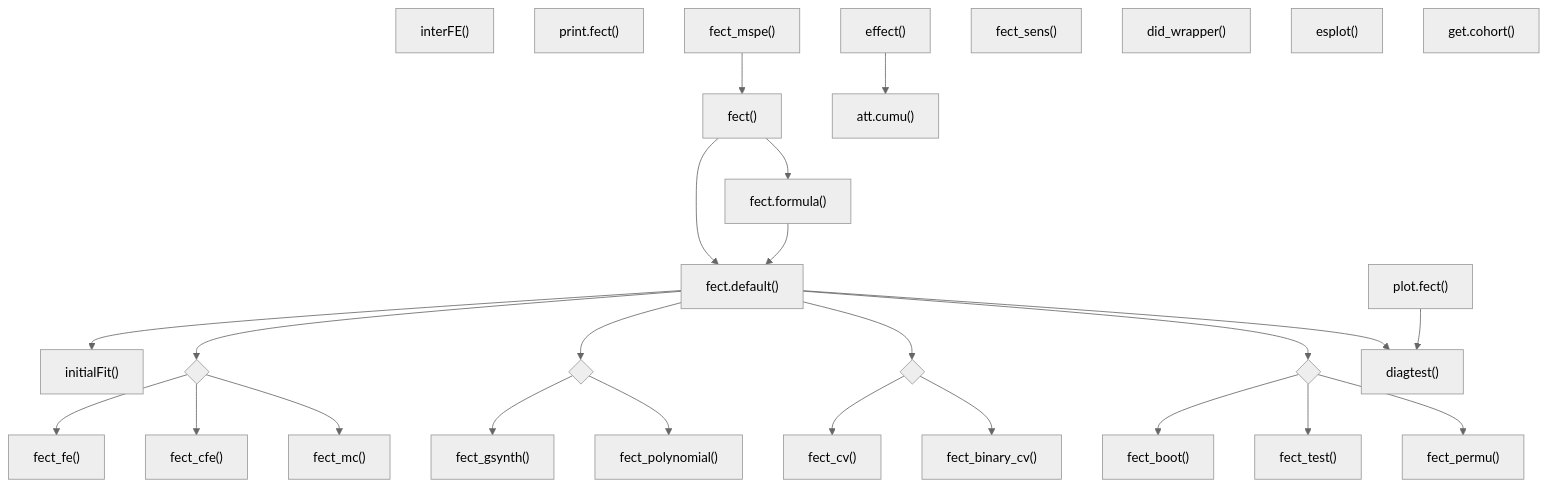
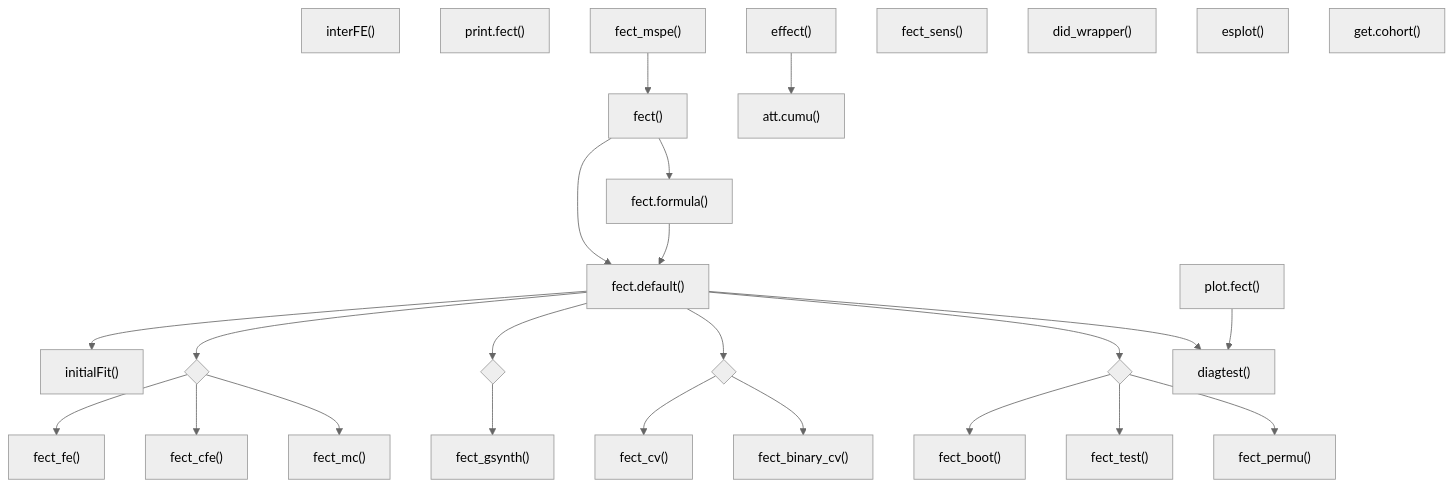
Before and after one commit to xuyiqing/fect: the second of 4 diagrams in architecture.md, drawn with Mermaid. The commit also changed other lines of this file and 11 other files, not shown here.

````diff
--- a/architecture.md
+++ b/architecture.md
@@ -157,43 +155,42 @@
 ```mermaid
 %%{init: {'theme': 'neutral'}}%%
 graph TD
     fect["fect()"] --> fect_formula["fect.formula()"]
     fect --> fect_default["fect.default()"]
     fect_formula --> fect_default
 
     fect_default --> initialFit["initialFit()"]
 
     fect_default --> R1_route{" "}
     R1_route --> fect_fe["fect_fe()"]
     R1_route --> fect_cfe["fect_cfe()"]
     R1_route --> fect_mc["fect_mc()"]
 
     fect_default --> R2_route{" "}
     R2_route --> fect_gsynth["fect_gsynth()"]
-    R2_route --> fect_polynomial["fect_polynomial()"]
 
     fect_default --> R3_route{" "}
     R3_route --> fect_cv["fect_cv()"]
     R3_route --> fect_binary_cv["fect_binary_cv()"]
 
     fect_default --> R4_route{" "}
     R4_route --> fect_boot["fect_boot()"]
     R4_route --> fect_test["fect_test()"]
     R4_route --> fect_permu["fect_permu()"]
 
     fect_default --> diagtest["diagtest()"]
 
     interFE["interFE()"]
     plot_fect["plot.fect()"]
     print_fect["print.fect()"]
     effect_fn["effect()"]
     fect_mspe["fect_mspe()"]
     fect_sens["fect_sens()"]
     did_wrapper["did_wrapper()"]
     esplot_fn["esplot()"]
     get_cohort["get.cohort()"]
 
     plot_fect --> diagtest
     effect_fn --> att_cumu["att.cumu()"]
     fect_mspe --> fect
 ```
````
